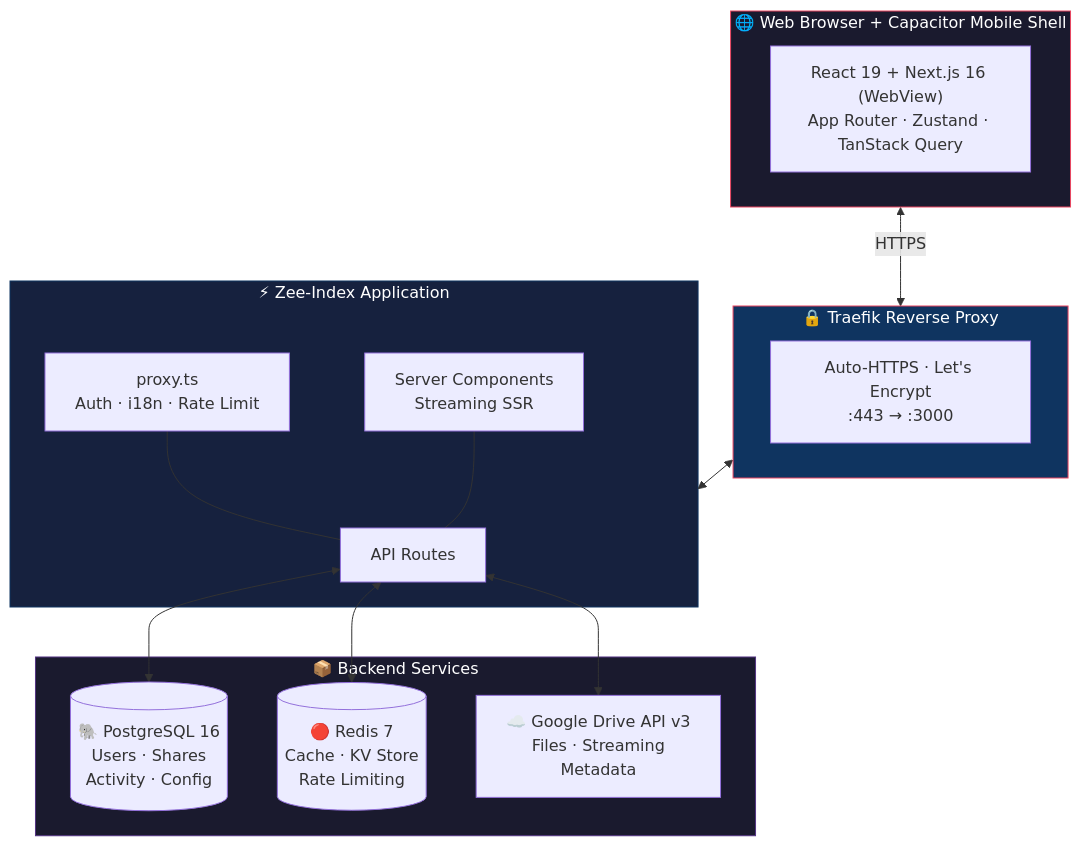
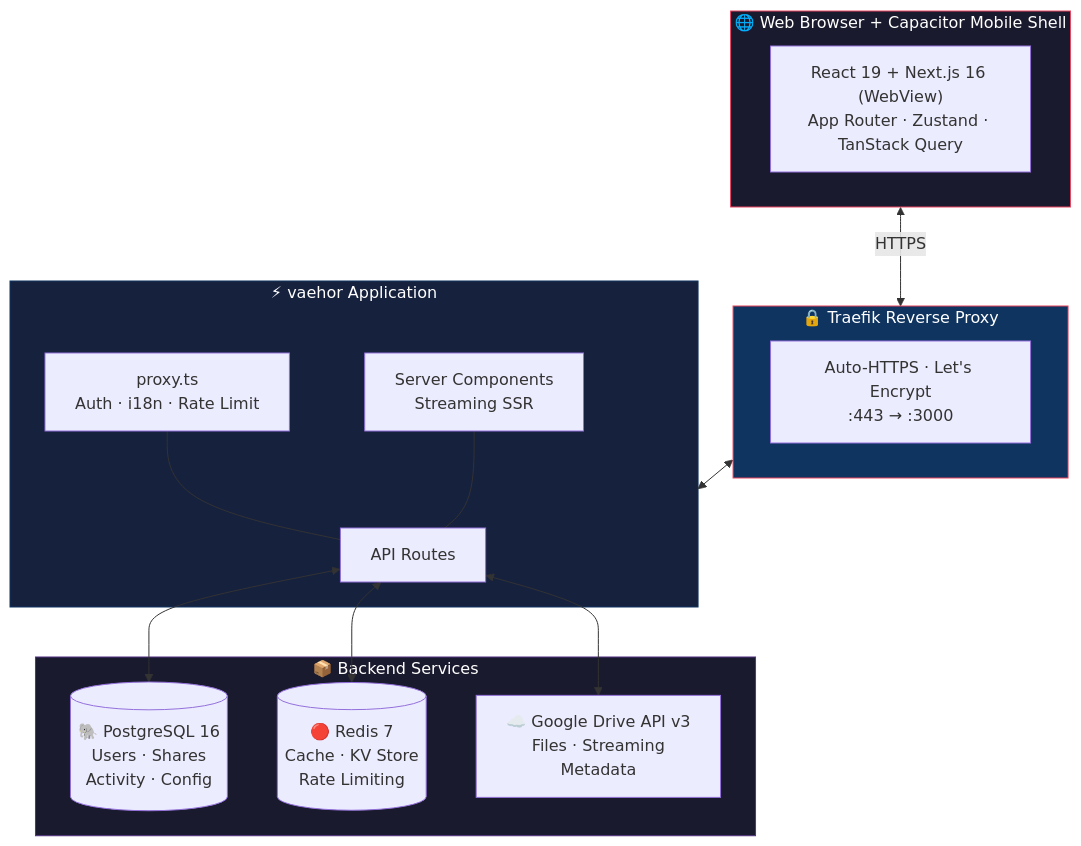
Before and after one commit to dytsou/vaehor: the diagram in README.md, drawn with Mermaid. The commit also changed other lines of this file and 1 other file, not shown here.

Commit message:
docs: update README files to reflect project name change from Zee-Index to vaehor

````diff
--- a/README.md
+++ b/README.md
@@ -204,35 +204,35 @@
 ```mermaid
 flowchart TB
     subgraph CLIENT["🌐 Web Browser + Capacitor Mobile Shell"]
         A["React 19 + Next.js 16 (WebView)\nApp Router · Zustand · TanStack Query"]
     end
 
     subgraph TRAEFIK["🔒 Traefik Reverse Proxy"]
         B["Auto-HTTPS · Let's Encrypt\n:443 → :3000"]
     end
 
-    subgraph APP["⚡ Zee-Index Application"]
+    subgraph APP["⚡ vaehor Application"]
         C["API Routes"]
         D["proxy.ts\nAuth · i18n · Rate Limit"]
         E["Server Components\nStreaming SSR"]
     end
 
     subgraph SERVICES["📦 Backend Services"]
         F[("🐘 PostgreSQL 16\nUsers · Shares\nActivity · Config")]
         G[("🔴 Redis 7\nCache · KV Store\nRate Limiting")]
         H["☁️ Google Drive API v3\nFiles · Streaming\nMetadata"]
     end
 
     CLIENT <-->|HTTPS| TRAEFIK
     TRAEFIK <--> APP
     C <--> F
     C <--> G
     C <--> H
     D --- C
     E --- C
 
     style CLIENT fill:#1a1a2e,stroke:#e94560,color:#fff
     style TRAEFIK fill:#0f3460,stroke:#e94560,color:#fff
     style APP fill:#16213e,stroke:#0f3460,color:#fff
     style SERVICES fill:#1a1a2e,stroke:#533483,color:#fff
 ```
````
